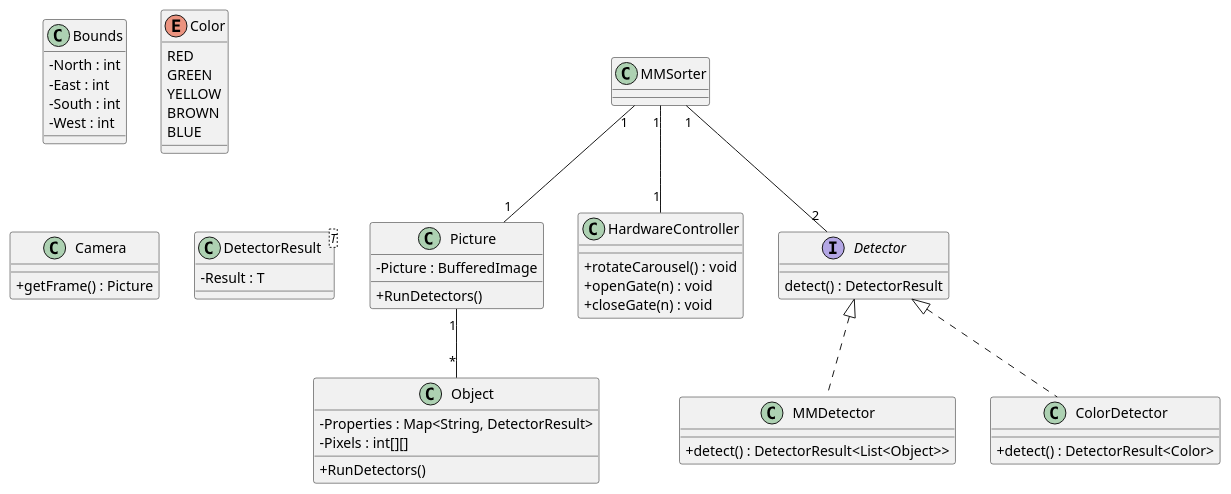
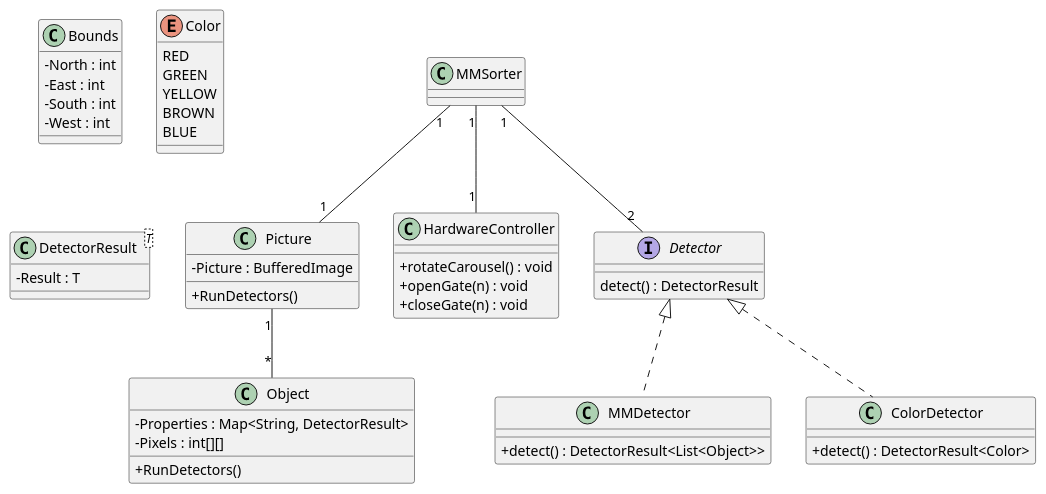
One commit to VincentBean/ProjRobotica changed the diagram in src/ti02/robotica/UML/Class.puml. Above: the diagram before and after it, drawn with PlantUML. The commit also changed 5 other files, not shown here.

```diff
--- a/src/ti02/robotica/UML/Class.puml
+++ b/src/ti02/robotica/UML/Class.puml
@@ -1,91 +1,87 @@
 @startuml
 
 skinparam {
     classAttributeIconSize 0
     'shadowing false
     'handwritten true
     'monospace reverse
 }
 
 class MMSorter {
 
 }
 
 class Object {
     - Properties : Map<String, DetectorResult>
 '    - Bounds : Bounds
     - Pixels : int[][]
     + RunDetectors()
 }
 
 class Bounds {
     - North : int
     - East : int
     - South : int
     - West : int
 }
 
 enum Color {
     RED
     GREEN
     YELLOW
     BROWN
     BLUE
 }
 
 class Picture {
     - Picture : BufferedImage
     + RunDetectors()
-}
-
-class Camera {
-    + getFrame() : Picture
 }
 
 class HardwareController {
     + rotateCarousel() : void
     + openGate(n) : void
     + closeGate(n) : void
 }
 
 interface Detector {
     detect() : DetectorResult
 }
 
 'interface PictureDetector implements Detector {
 '
 '}
 
 'interface ObjectDetector implements Detector {
 '
 '}
 
 class MMDetector implements Detector {
     + detect() : DetectorResult<List<Object>>
 }
 
 class ColorDetector implements Detector {
     + detect() : DetectorResult<Color>
 }
 
 'class BoundsDetector implements Detector {
 '    + detect() : DetectorResult<Bounds>
 '}
 
 class DetectorResult<T> {
     - Result : T
 }
 
 MMSorter "1" -- "2" Detector
 MMSorter "1" -- "1" Picture
 MMSorter "1" -- "1" HardwareController
 
 'Picture --* Camera
 
 'Picture "1" -- "*" Detector
 Picture "1" -- "*" Object
 
 'Object "1" --* Bounds
 'Object "1" --* Color
 
 @enduml
```
